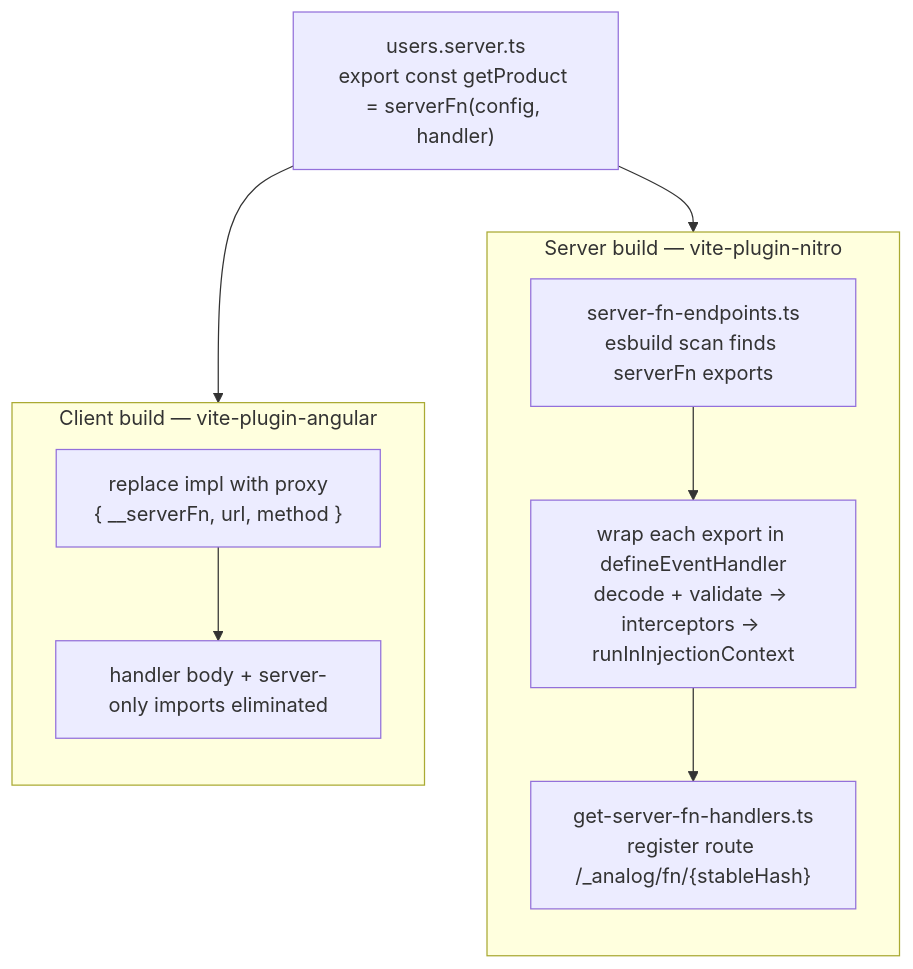
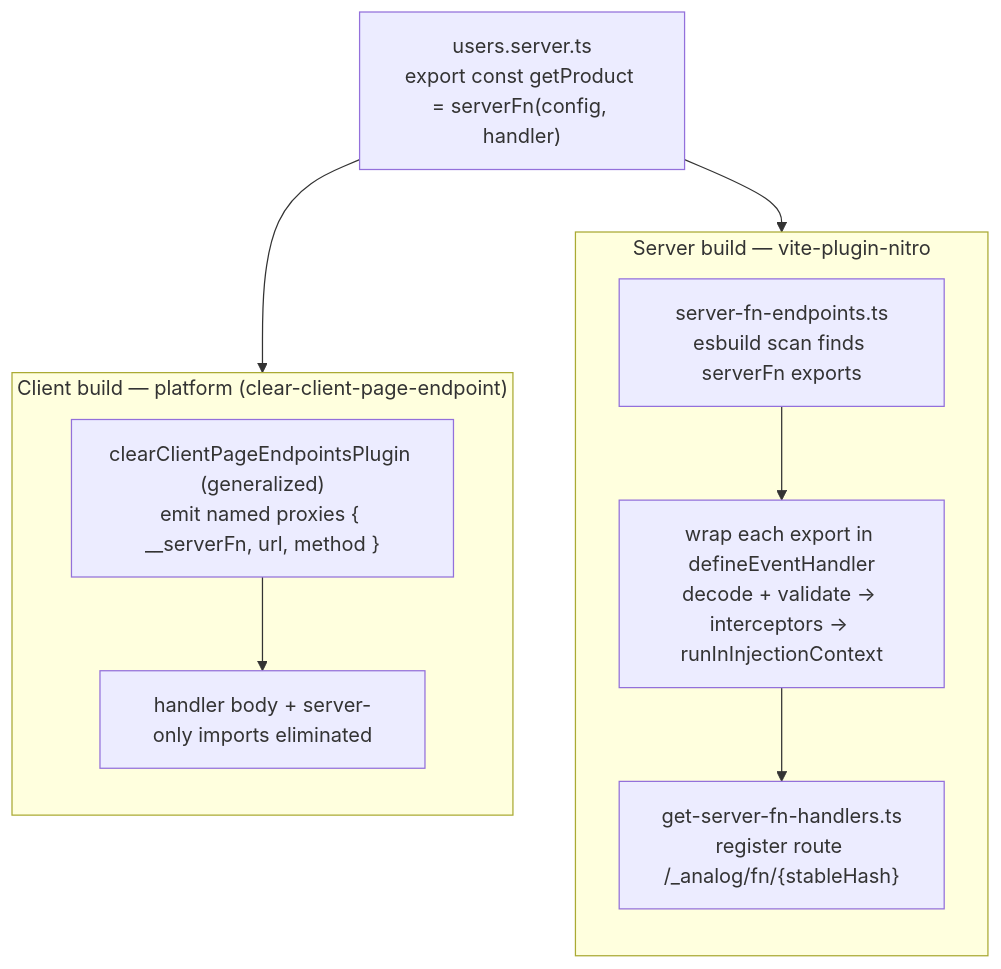
Before and after one commit to analogjs/analog: the first of 2 diagrams in packages/router/server/RFC-server-functions.md, drawn with Mermaid. The commit also changed other lines of this file, not shown here.

First line of the commit message:
docs(router): correct client scrub to platform clear-client-page-endpoint

````diff
--- a/packages/router/server/RFC-server-functions.md
+++ b/packages/router/server/RFC-server-functions.md
@@ -363,22 +367,22 @@
 ```mermaid
 flowchart TB
   src["users.server.ts<br/>export const getProduct = serverFn(config, handler)"]
 
   subgraph serverGraph["Server build — vite-plugin-nitro"]
     direction TB
     scan["server-fn-endpoints.ts<br/>esbuild scan finds serverFn exports"]
     wrap["wrap each export in defineEventHandler<br/>decode + validate → interceptors → runInInjectionContext"]
     reg["get-server-fn-handlers.ts<br/>register route /_analog/fn/{stableHash}"]
     scan --> wrap --> reg
   end
 
-  subgraph clientGraph["Client build — vite-plugin-angular"]
+  subgraph clientGraph["Client build — platform (clear-client-page-endpoint)"]
     direction TB
-    proxy["replace impl with proxy<br/>{ __serverFn, url, method }"]
+    proxy["clearClientPageEndpointsPlugin (generalized)<br/>emit named proxies { __serverFn, url, method }"]
     elim["handler body + server-only imports eliminated"]
     proxy --> elim
   end
 
   src --> scan
   src --> proxy
 ```
````
